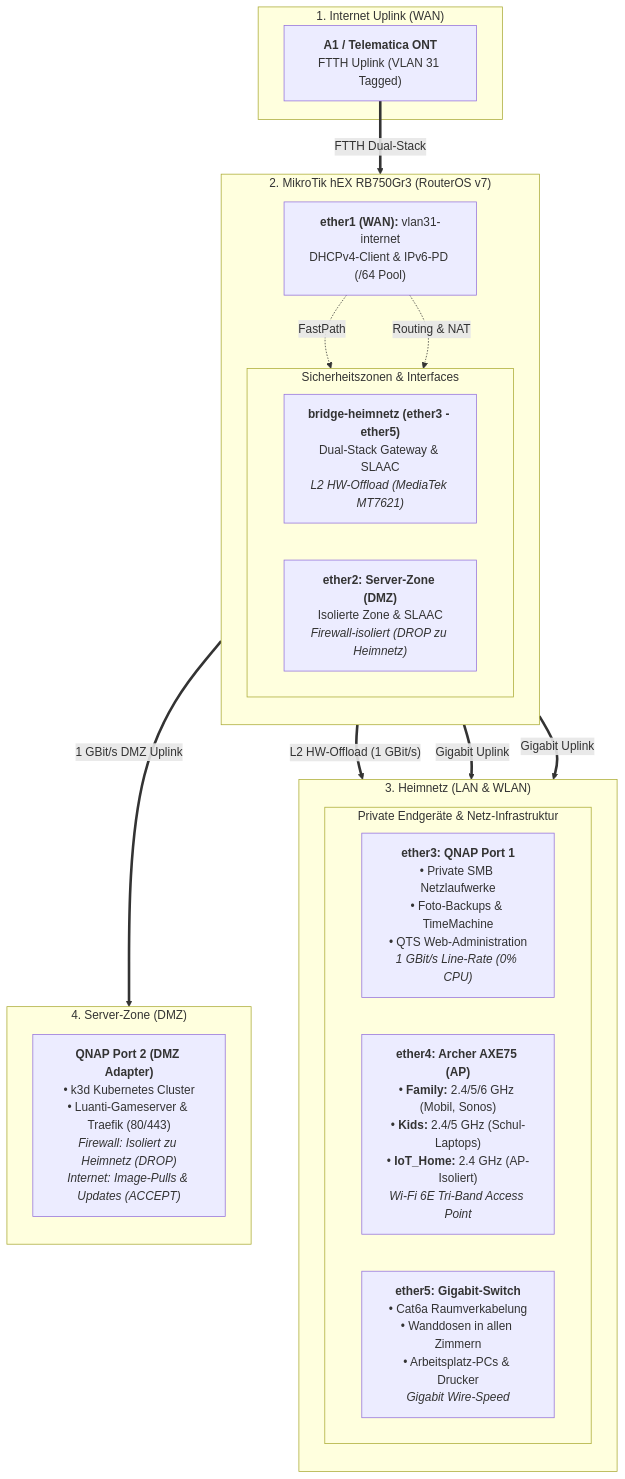
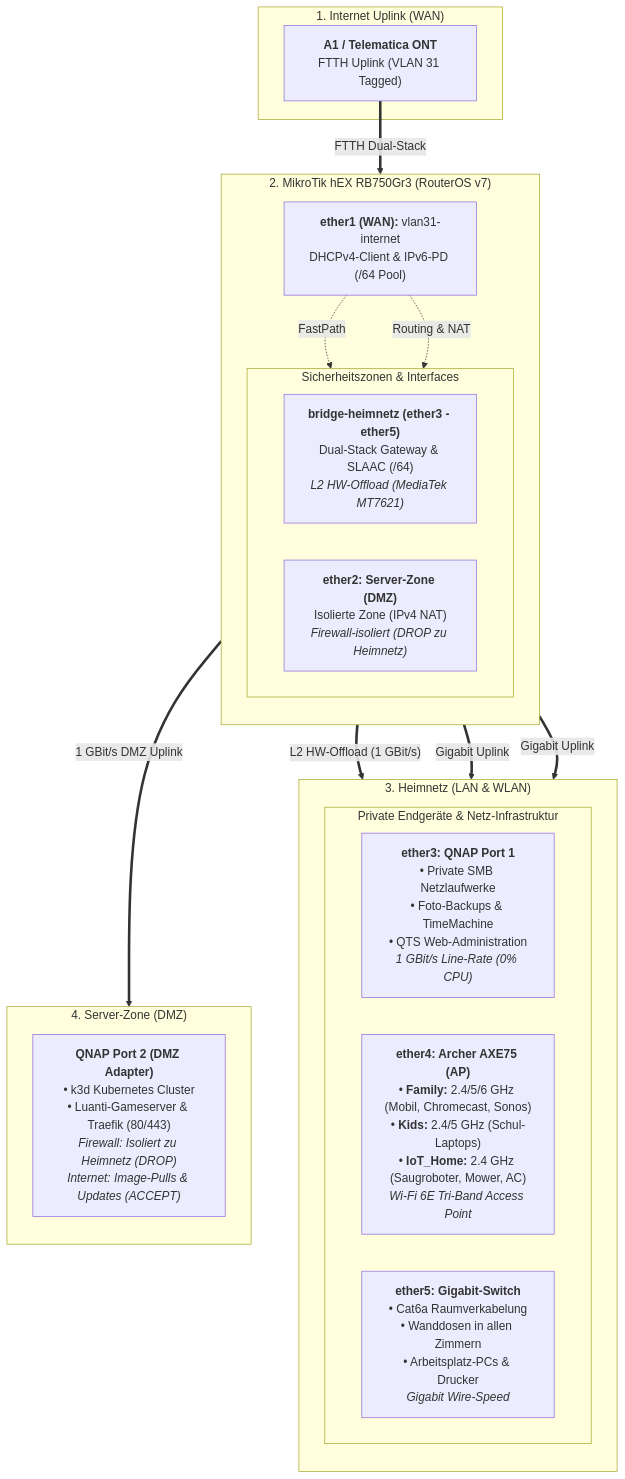
Before and after one commit to goettl79/mikrotik-dualstack-homelab: the diagram in README.md, drawn with Mermaid. The commit also changed other lines of this file and 2 other files, not shown here.

Commit message:
docs: update topology diagram, IPv6 SLAAC priority and IoT category documentation

````diff
--- a/README.md
+++ b/README.md
@@ -9,46 +9,46 @@
 ```mermaid
 flowchart TD
     %% 1. INTERNET
     subgraph WAN ["1. Internet Uplink (WAN)"]
         ONT["<b>A1 / Telematica ONT</b><br/>FTTH Uplink (VLAN 31 Tagged)"]
     end
 
     %% 2. ROUTER
     subgraph ROUTER ["2. MikroTik hEX RB750Gr3 (RouterOS v7)"]
         direction TB
         E1["<b>ether1 (WAN):</b> vlan31-internet<br/>DHCPv4-Client & IPv6-PD (/64 Pool)"]
         
         subgraph ROUTING ["Sicherheitszonen & Interfaces"]
             direction LR
-            BR["<b>bridge-heimnetz (ether3 - ether5)</b><br/>Dual-Stack Gateway & SLAAC<br/><i>L2 HW-Offload (MediaTek MT7621)</i>"]
-            E2["<b>ether2: Server-Zone (DMZ)</b><br/>Isolierte Zone & SLAAC<br/><i>Firewall-isoliert (DROP zu Heimnetz)</i>"]
+            BR["<b>bridge-heimnetz (ether3 - ether5)</b><br/>Dual-Stack Gateway & SLAAC (/64)<br/><i>L2 HW-Offload (MediaTek MT7621)</i>"]
+            E2["<b>ether2: Server-Zone (DMZ)</b><br/>Isolierte Zone (IPv4 NAT)<br/><i>Firewall-isoliert (DROP zu Heimnetz)</i>"]
         end
         E1 -.->|"FastPath"| BR
         E1 -.->|"Routing & NAT"| E2
     end
 
     ONT ==>|"FTTH Dual-Stack"| E1
 
     %% 3. HEIMNETZ
     subgraph HEIMNETZ_ZONE ["3. Heimnetz (LAN & WLAN)"]
         direction TB
         subgraph HEIM_DEVICES ["Private Endgeräte & Netz-Infrastruktur"]
             direction LR
             NAS1["<b>ether3: QNAP Port 1</b><br/>• Private SMB Netzlaufwerke<br/>• Foto-Backups & TimeMachine<br/>• QTS Web-Administration<br/><i>1 GBit/s Line-Rate (0% CPU)</i>"]
-            AP["<b>ether4: Archer AXE75 (AP)</b><br/>• <b>Family:</b> 2.4/5/6 GHz (Mobil, Sonos)<br/>• <b>Kids:</b> 2.4/5 GHz (Schul-Laptops)<br/>• <b>IoT_Home:</b> 2.4 GHz (AP-Isoliert)<br/><i>Wi-Fi 6E Tri-Band Access Point</i>"]
+            AP["<b>ether4: Archer AXE75 (AP)</b><br/>• <b>Family:</b> 2.4/5/6 GHz (Mobil, Chromecast, Sonos)<br/>• <b>Kids:</b> 2.4/5 GHz (Schul-Laptops)<br/>• <b>IoT_Home:</b> 2.4 GHz (Saugroboter, Mower, AC)<br/><i>Wi-Fi 6E Tri-Band Access Point</i>"]
             SWITCH["<b>ether5: Gigabit-Switch</b><br/>• Cat6a Raumverkabelung<br/>• Wanddosen in allen Zimmern<br/>• Arbeitsplatz-PCs & Drucker<br/><i>Gigabit Wire-Speed</i>"]
         end
     end
 
     %% 4. SERVER-ZONE
     subgraph SERVER_ZONE ["4. Server-Zone (DMZ)"]
         direction TB
         K3D["<b>QNAP Port 2 (DMZ Adapter)</b><br/>• k3d Kubernetes Cluster<br/>• Luanti-Gameserver & Traefik (80/443)<br/><i>Firewall: Isoliert zu Heimnetz (DROP)</i><br/><i>Internet: Image-Pulls & Updates (ACCEPT)</i>"]
     end
 
     %% Physische Uplinks & Verbindungen
     BR ==>|"L2 HW-Offload (1 GBit/s)"| NAS1
     BR ==>|"Gigabit Uplink"| AP
     BR ==>|"Gigabit Uplink"| SWITCH
     E2 ==>|"1 GBit/s DMZ Uplink"| K3D
 ```
````
